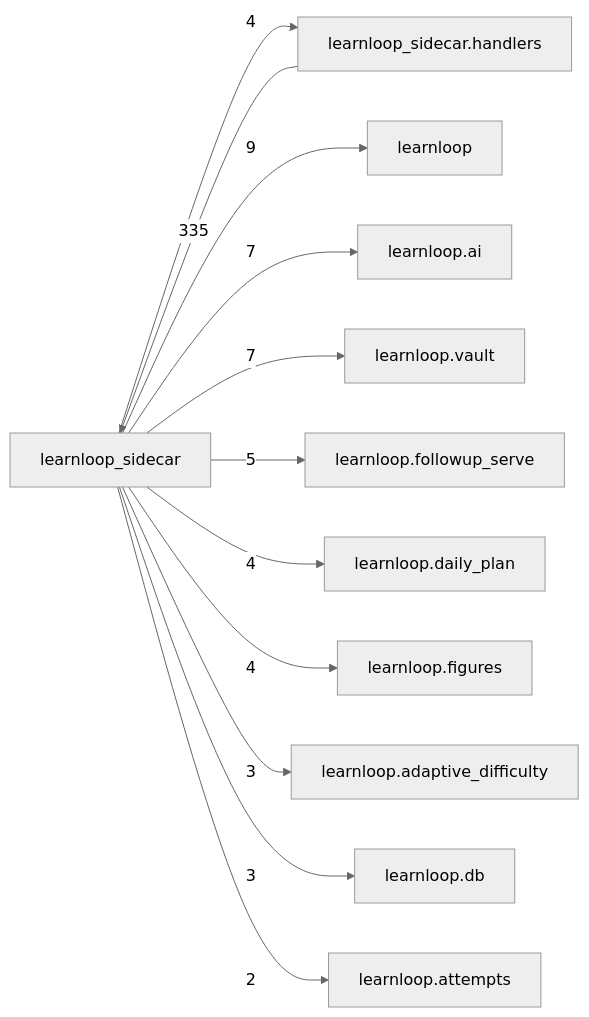
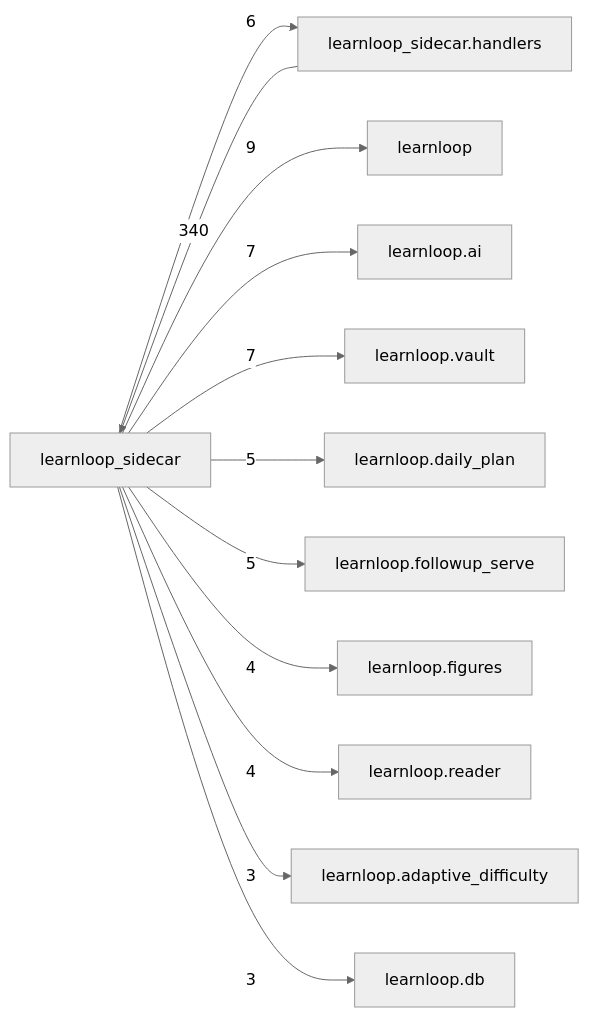
One commit to 6up-b/learnanything changed the diagram in docs/learnloop-architecture-vault/Reference/Modules/learnloop_sidecar/_package.md. Above: the diagram before and after it, drawn with Mermaid (neutral theme). The commit also changed other lines of this file and 174 other files, not shown here.

````diff
--- a/docs/learnloop-architecture-vault/Reference/Modules/learnloop_sidecar/_package.md
+++ b/docs/learnloop-architecture-vault/Reference/Modules/learnloop_sidecar/_package.md
@@ -125,25 +128,25 @@
 ```mermaid
 flowchart LR
     center["learnloop_sidecar"]
     n_learnloop_sidecar_handlers["learnloop_sidecar.handlers"]
     n_learnloop["learnloop"]
     n_learnloop_ai["learnloop.ai"]
     n_learnloop_vault["learnloop.vault"]
+    n_learnloop_daily_plan["learnloop.daily_plan"]
     n_learnloop_followup_serve["learnloop.followup_serve"]
-    n_learnloop_daily_plan["learnloop.daily_plan"]
     n_learnloop_figures["learnloop.figures"]
+    n_learnloop_reader["learnloop.reader"]
     n_learnloop_adaptive_difficulty["learnloop.adaptive_difficulty"]
     n_learnloop_db["learnloop.db"]
-    n_learnloop_attempts["learnloop.attempts"]
-    n_learnloop_sidecar_handlers -->|335| center
-    center -->|4| n_learnloop_sidecar_handlers
+    n_learnloop_sidecar_handlers -->|340| center
+    center -->|6| n_learnloop_sidecar_handlers
     center -->|9| n_learnloop
     center -->|7| n_learnloop_ai
     center -->|7| n_learnloop_vault
+    center -->|5| n_learnloop_daily_plan
     center -->|5| n_learnloop_followup_serve
-    center -->|4| n_learnloop_daily_plan
     center -->|4| n_learnloop_figures
+    center -->|4| n_learnloop_reader
     center -->|3| n_learnloop_adaptive_difficulty
     center -->|3| n_learnloop_db
-    center -->|2| n_learnloop_attempts
 ```
````
